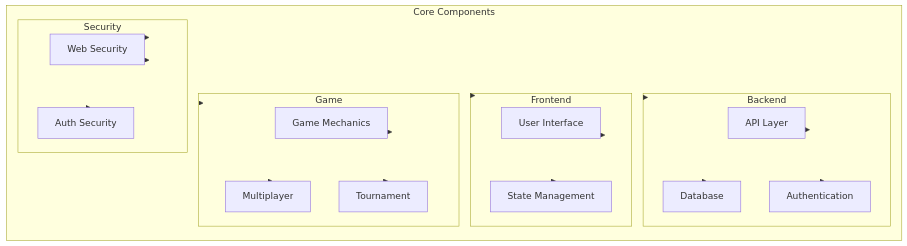
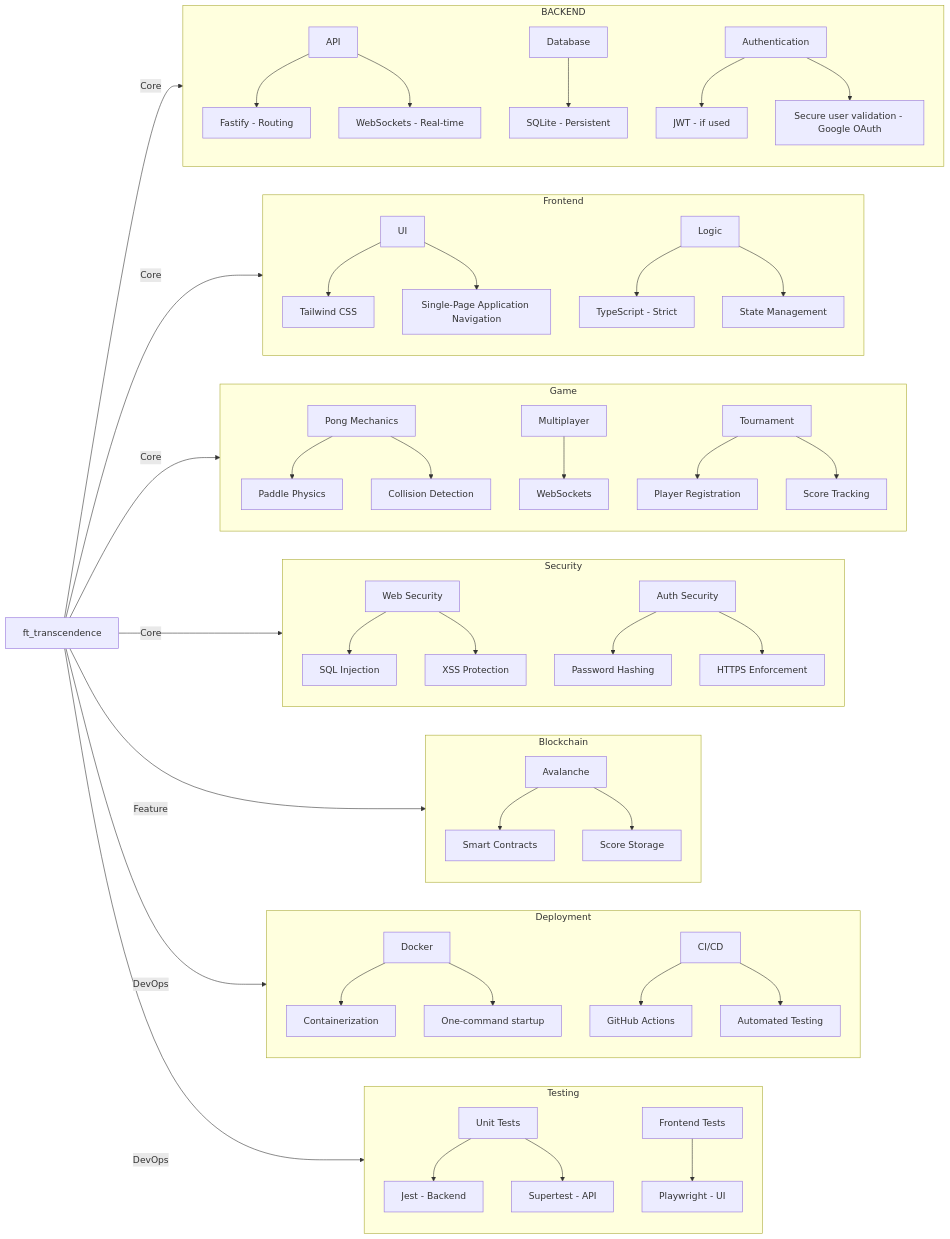
One commit to hive-helsinki-projects/ft_transcendence changed the first of 3 diagrams in README.md. Above: the diagram before and after it, drawn with Mermaid. The commit also changed other lines of this file, not shown here.

Commit message:
Revise README to enhance project architecture and remove outdated features
- Remove the Additional Features section from the README.
- Update the Project Architecture section with a new mermaid diagram for improved clarity and detail.
- Refactor the mermaid diagrams to better represent the core components and their relationships.

````diff
--- a/README.md
+++ b/README.md
@@ -70,56 +65,60 @@
 ```mermaid
-graph TD
-    %% === Core Components ===
-    subgraph Core[Core Components]
-        Backend[Backend]
-        Frontend[Frontend]
-        Game[Game Engine]
-        Security[Security]
-    end
+graph LR
 
-    %% === Backend ===
-    subgraph Backend
-        API[API Layer]
-        DB[Database]
-        Auth[Authentication]
-    end
+  A[ft_transcendence] -->|Core| B[BACKEND]
+  A -->|Core| C[Frontend]
+  A -->|Core| D[Game]
+  A -->|Core| E[Security]
+  A -->|Feature| F[Blockchain]
+  A -->|DevOps| G[Deployment]
+  A -->|DevOps| H[Testing]
 
-    %% === Frontend ===
-    subgraph Frontend
-        UI[User Interface]
-        State[State Management]
-    end
+  subgraph B [BACKEND]
+    B1[API] --> B1a[Fastify - Routing]
+    B1 --> B1b[WebSockets - Real-time]
+    B2[Database] --> B2a[SQLite - Persistent]
+    B3[Authentication] --> B3a[JWT - if used]
+    B3 --> B3b[Secure user validation - Google OAuth]
+  end
 
-    %% === Game ===
-    subgraph Game
-        Mechanics[Game Mechanics]
-        Multiplayer[Multiplayer]
-        Tournament[Tournament]
-    end
+  subgraph C [Frontend]
+    C1[UI] --> C1a[Tailwind CSS]
+    C1 --> C1b[Single-Page Application Navigation]
+    C2[Logic] --> C2a[TypeScript - Strict] 
+    C2 --> C2b[State Management]
+  end
 
-    %% === Security ===
-    subgraph Security
-        WebSec[Web Security]
-        AuthSec[Auth Security]
-    end
+  subgraph D [Game]
+    D1[Pong Mechanics] --> D1a[Paddle Physics]
+    D1 --> D1b[Collision Detection]
+    D2[Multiplayer] --> D2a[WebSockets]
+    D3[Tournament] --> D3a[Player Registration]
+    D3 --> D3b[Score Tracking]
+  end
 
-    %% === Connections ===
-    Core --> Backend
-    Core --> Frontend
-    Core --> Game
-    Core --> Security
+  subgraph E [Security]
+    E1[Web Security] --> E1a[SQL Injection]
+    E1 --> E1b[XSS Protection]
+    E2[Auth Security] --> E2a[Password Hashing]
+    E2 --> E2b[HTTPS Enforcement]
+  end
 
-    Backend --> API
-    Backend --> DB
-    Backend --> Auth
+  subgraph F [Blockchain]
+    F1[Avalanche] --> F1a[Smart Contracts]
+    F1 --> F1b[Score Storage]
+  end
 
-    Frontend --> UI
-    Frontend --> State
+  subgraph G [Deployment]
+    G1[Docker] --> G1a[Containerization]
+    G1 --> G1b[One-command startup]
+    G2[CI/CD] --> G2a[GitHub Actions]
+    G2 --> G2b[Automated Testing]
+  end
 
-    Game --> Mechanics
-    Game --> Multiplayer
-    Game --> Tournament
+  subgraph H [Testing]
+    H1[Unit Tests] --> H1a[Jest - Backend]
+    H1 --> H1b[Supertest - API]
+    H2[Frontend Tests] --> H2a[Playwright - UI]
+  end
 
-    Security --> WebSec
-    Security --> AuthSec
 ```
````
